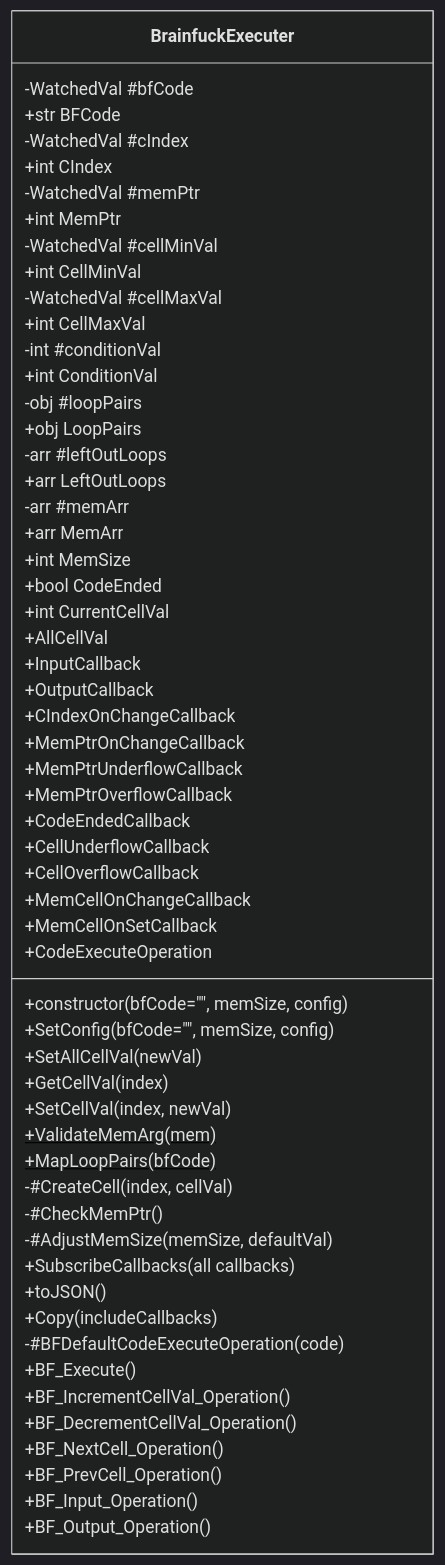
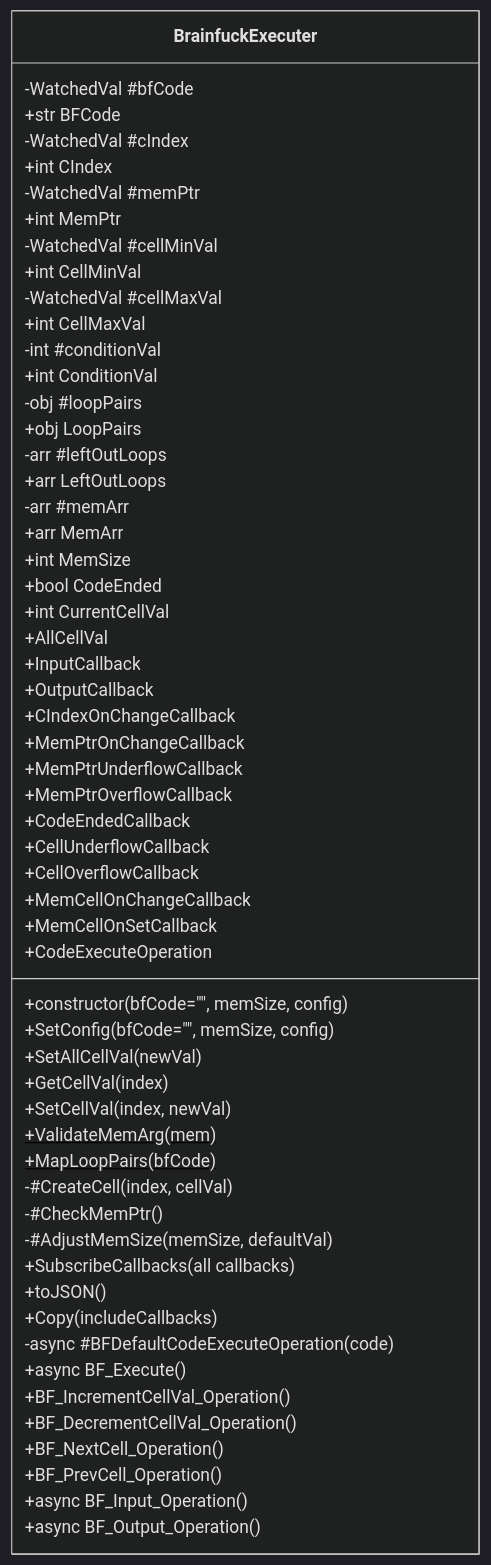
Before and after one commit to BCS21090011/BrainFucker: the first of 44 diagrams in Classes_Info/BrainfuckExecuter.md, drawn with Mermaid (dark theme). The commit also changed other lines of this file and 2 other files, not shown here.

Commit message:
Changed input and output operation, default operation, and execution in BrainfuckExecuter to async. Also changed some functions in Testing.js to async.

````diff
--- a/Classes_Info/BrainfuckExecuter.md
+++ b/Classes_Info/BrainfuckExecuter.md
@@ -5,66 +5,66 @@
 ```mermaid
 classDiagram
 
 class BrainfuckExecuter {
     -WatchedVal #bfCode
     +str BFCode
     -WatchedVal #cIndex
     +int CIndex
     -WatchedVal #memPtr
     +int MemPtr
     -WatchedVal #cellMinVal
     +int CellMinVal
     -WatchedVal #cellMaxVal
     +int CellMaxVal
 
     -int #conditionVal
     +int ConditionVal
     -obj #loopPairs
     +obj LoopPairs
     -arr #leftOutLoops
     +arr LeftOutLoops
     -arr #memArr
     +arr MemArr
 
     +int MemSize
     +bool CodeEnded
     +int CurrentCellVal
     +AllCellVal
 
     +InputCallback
     +OutputCallback
     +CIndexOnChangeCallback
     +MemPtrOnChangeCallback
     +MemPtrUnderflowCallback
     +MemPtrOverflowCallback
     +CodeEndedCallback
     +CellUnderflowCallback
     +CellOverflowCallback
     +MemCellOnChangeCallback
     +MemCellOnSetCallback
     +CodeExecuteOperation
 
     +constructor(bfCode="", memSize, config)
     +SetConfig(bfCode="", memSize, config)
     +SetAllCellVal(newVal)
     +GetCellVal(index)
     +SetCellVal(index, newVal)
     +ValidateMemArg(mem)$
     +MapLoopPairs(bfCode)$
     -#CreateCell(index, cellVal)
     -#CheckMemPtr()
     -#AdjustMemSize(memSize, defaultVal)
     +SubscribeCallbacks(all callbacks)
     +toJSON()
     +Copy(includeCallbacks)
 
-    -#BFDefaultCodeExecuteOperation(code)
-    +BF_Execute()
+    -async #BFDefaultCodeExecuteOperation(code)
+    +async BF_Execute()
     +BF_IncrementCellVal_Operation()
     +BF_DecrementCellVal_Operation()
     +BF_NextCell_Operation()
     +BF_PrevCell_Operation()
-    +BF_Input_Operation()
-    +BF_Output_Operation()
+    +async BF_Input_Operation()
+    +async BF_Output_Operation()
 }
 ```
````
